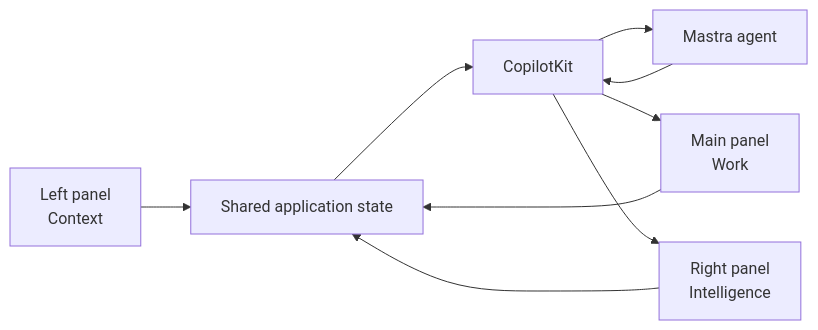
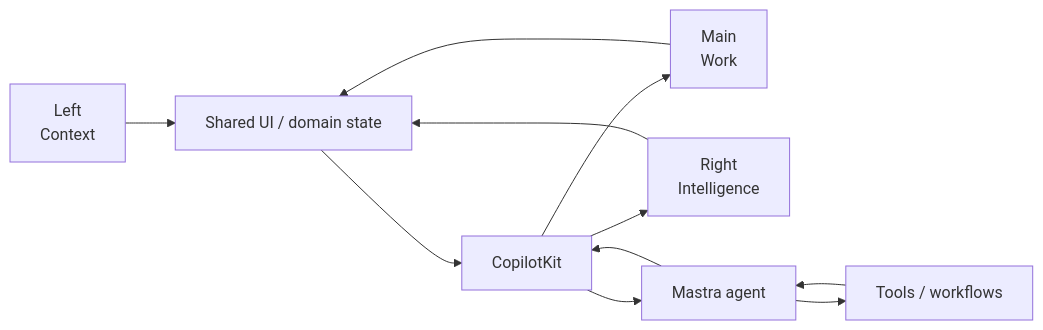
The third of 12 diagrams in docs/02-architecture/system-overview.md (amoai-tech/mdeai), drawn with Mermaid before and after one commit. The commit also changed other lines of this file, not shown here.

Commit message:
docs: expand system architecture with live data flows

````diff
--- a/docs/02-architecture/system-overview.md
+++ b/docs/02-architecture/system-overview.md
@@ -134,18 +197,23 @@
 ```mermaid
 flowchart LR
-    LEFT[Left panel\nContext]
-    MAIN[Main panel\nWork]
-    RIGHT[Right panel\nIntelligence]
-    STATE[Shared application state]
+    LEFT[Left\nContext]
+    MAIN[Main\nWork]
+    RIGHT[Right\nIntelligence]
+    STATE[Shared UI / domain state]
     CK[CopilotKit]
     AGENT[Mastra agent]
+    TOOLS[Tools / workflows]
 
     LEFT --> STATE
     MAIN --> STATE
     RIGHT --> STATE
+
     STATE --> CK
     CK --> AGENT
+    AGENT --> TOOLS
+    TOOLS --> AGENT
     AGENT --> CK
+
     CK --> MAIN
     CK --> RIGHT
 ```
````
